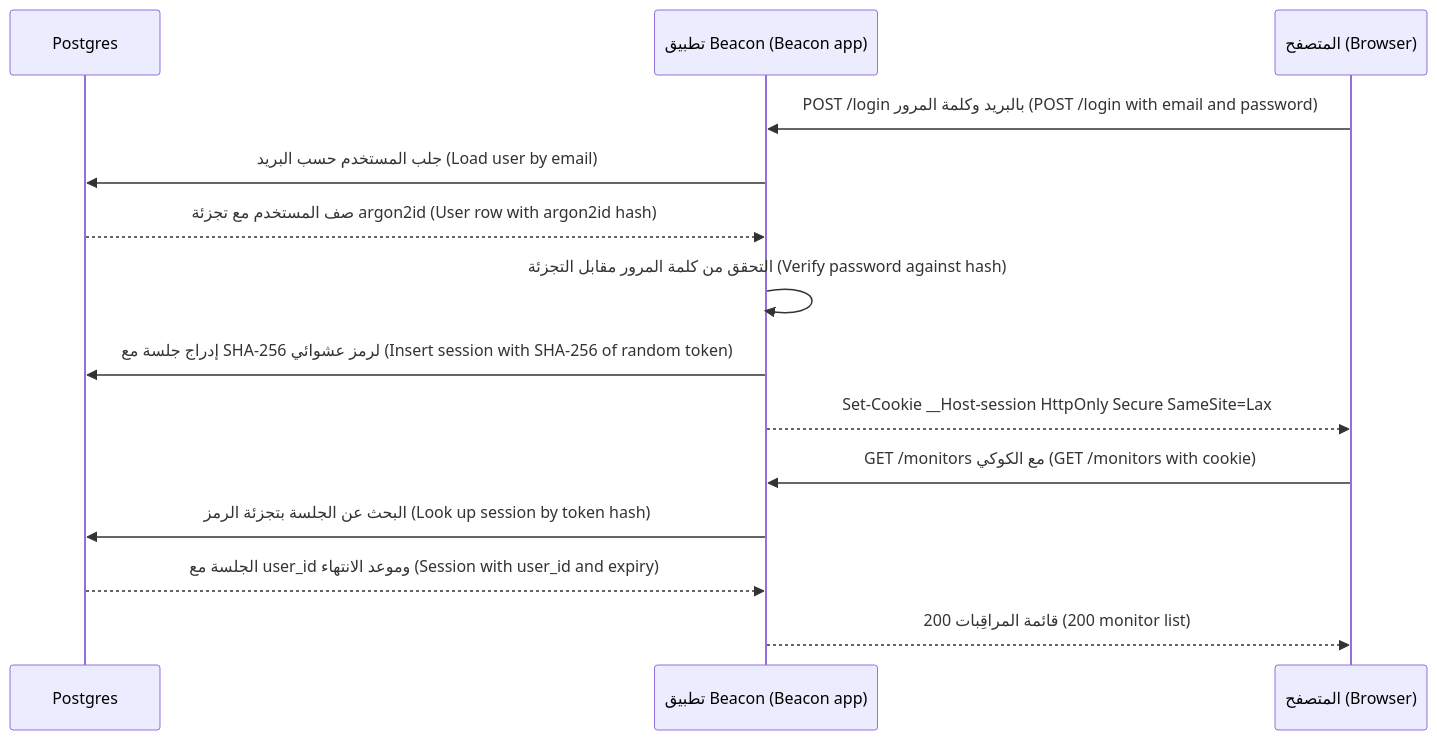
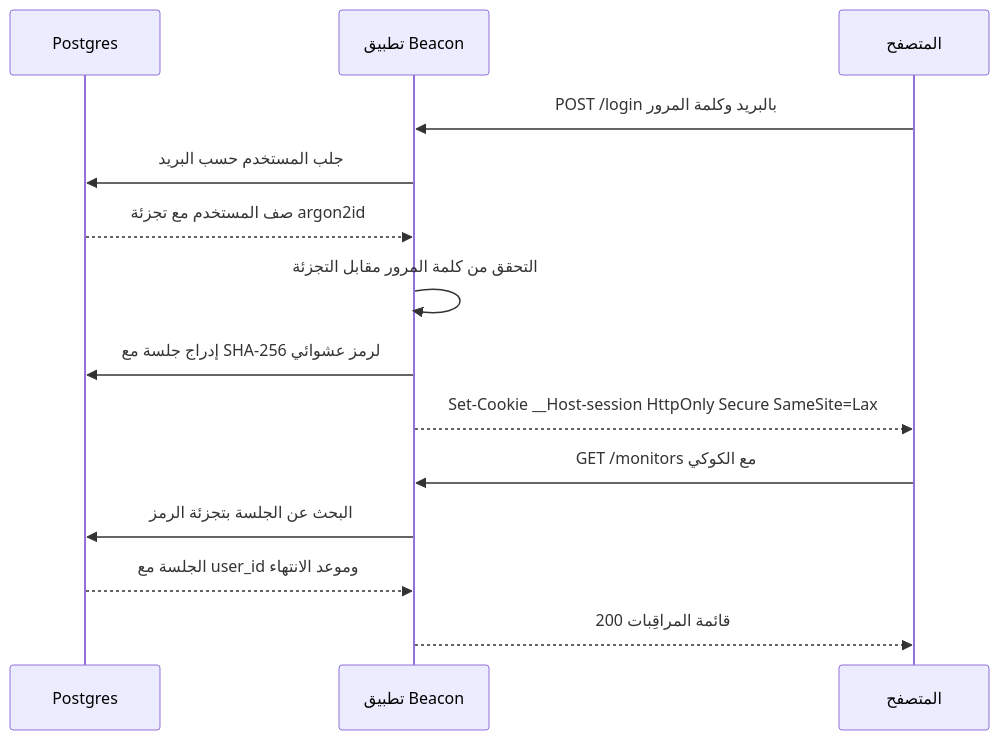
The first of 5 diagrams in saas/modules/01-identity-access.ar.md (Tamoura/system-design-for-vibe-coders), drawn with Mermaid before and after one commit. The commit also changed other lines of this file and 551 other files, not shown here.

````diff
--- a/saas/modules/01-identity-access.ar.md
+++ b/saas/modules/01-identity-access.ar.md
@@ -62,16 +62,16 @@
 ```mermaid
 sequenceDiagram
     participant D as Postgres
-    participant A as تطبيق Beacon (Beacon app)
-    participant B as المتصفح (Browser)
-    B->>A: POST /login بالبريد وكلمة المرور (POST /login with email and password)
-    A->>D: جلب المستخدم حسب البريد (Load user by email)
-    D-->>A: صف المستخدم مع تجزئة argon2id (User row with argon2id hash)
-    A->>A: التحقق من كلمة المرور مقابل التجزئة (Verify password against hash)
-    A->>D: إدراج جلسة مع SHA-256 لرمز عشوائي (Insert session with SHA-256 of random token)
+    participant A as تطبيق Beacon
+    participant B as المتصفح
+    B->>A: POST /login بالبريد وكلمة المرور
+    A->>D: جلب المستخدم حسب البريد
+    D-->>A: صف المستخدم مع تجزئة argon2id
+    A->>A: التحقق من كلمة المرور مقابل التجزئة
+    A->>D: إدراج جلسة مع SHA-256 لرمز عشوائي
     A-->>B: Set-Cookie __Host-session HttpOnly Secure SameSite=Lax
-    B->>A: GET /monitors مع الكوكي (GET /monitors with cookie)
-    A->>D: البحث عن الجلسة بتجزئة الرمز (Look up session by token hash)
-    D-->>A: الجلسة مع user_id وموعد الانتهاء (Session with user_id and expiry)
-    A-->>B: 200 قائمة المراقِبات (200 monitor list)
+    B->>A: GET /monitors مع الكوكي
+    A->>D: البحث عن الجلسة بتجزئة الرمز
+    D-->>A: الجلسة مع user_id وموعد الانتهاء
+    A-->>B: 200 قائمة المراقِبات
 ```
````
